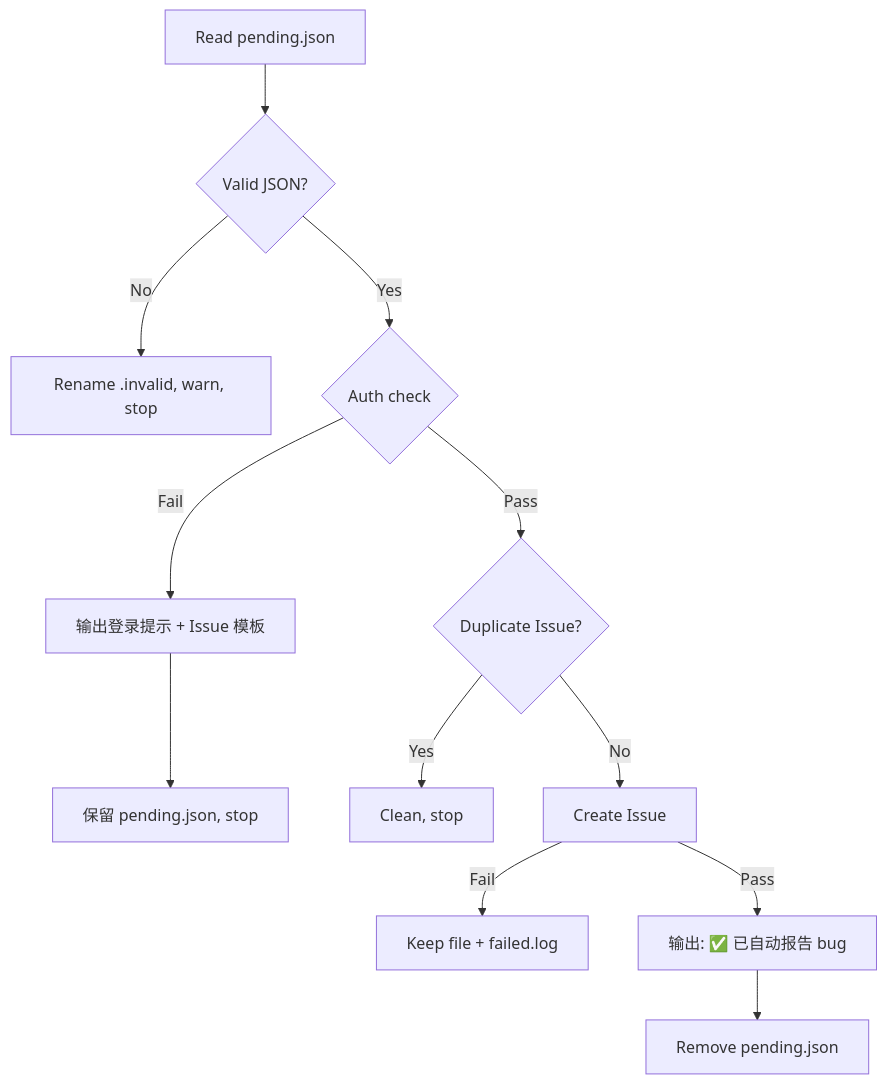
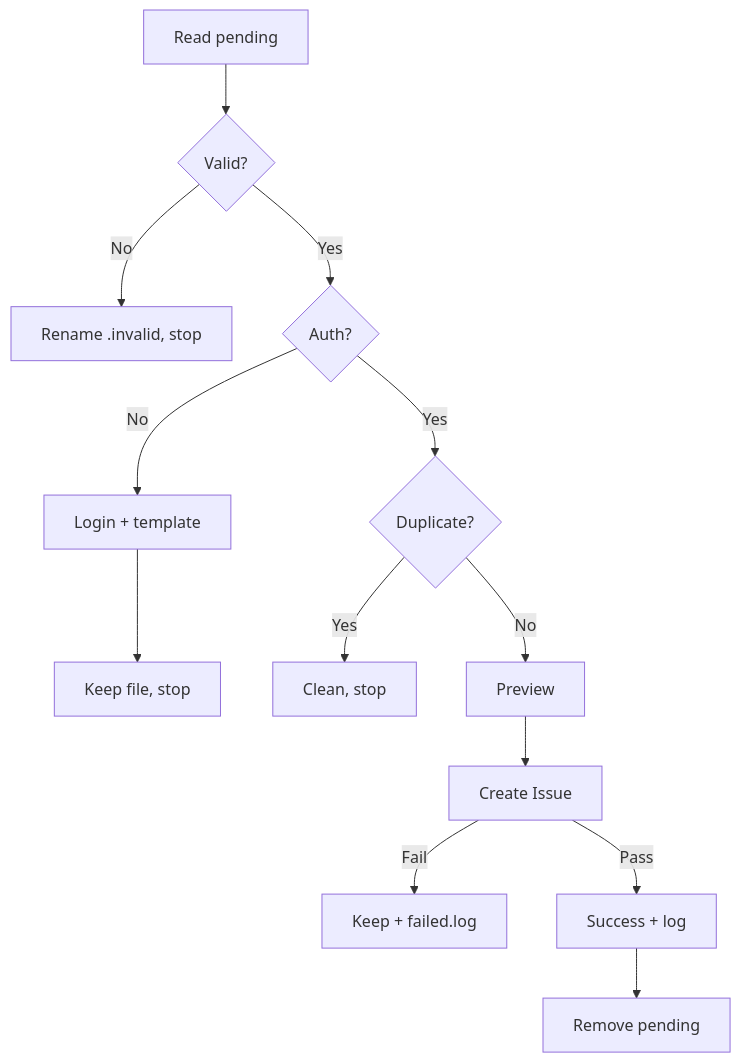
Before and after one commit to byx-darwin/gitflow-cli: the diagram in skills/gf-autoreport-bug/SKILL.md, drawn with Mermaid. The commit also changed other lines of this file and 46 other files, not shown here.

````diff
--- a/skills/gf-autoreport-bug/SKILL.md
+++ b/skills/gf-autoreport-bug/SKILL.md
@@ -30,14 +36,15 @@
 ```mermaid
 flowchart TD
-    A[Read pending.json] --> B{Valid JSON?}
-    B -->|No| C[Rename .invalid, warn, stop]
-    B -->|Yes| D{Auth check}
-    D -->|Pass| G{Duplicate Issue?}
-    D -->|Fail| NEW[输出登录提示 + Issue 模板]
-    NEW --> KEEP[保留 pending.json, stop]
+    A[Read pending] --> B{Valid?}
+    B -->|No| C[Rename .invalid, stop]
+    B -->|Yes| D{Auth?}
+    D -->|No| NEW[Login + template]
+    NEW --> KEEP[Keep file, stop]
+    D -->|Yes| G{Duplicate?}
     G -->|Yes| I[Clean, stop]
-    G -->|No| J[Create Issue]
-    J -->|Fail| F[Keep file + failed.log]
-    J -->|Pass| M[输出: ✅ 已自动报告 bug]
-    M --> K[Remove pending.json]
+    G -->|No| P[Preview]
+    P --> J[Create Issue]
+    J -->|Fail| F[Keep + failed.log]
+    J -->|Pass| M[Success + log]
+    M --> K[Remove pending]
 ```
````
